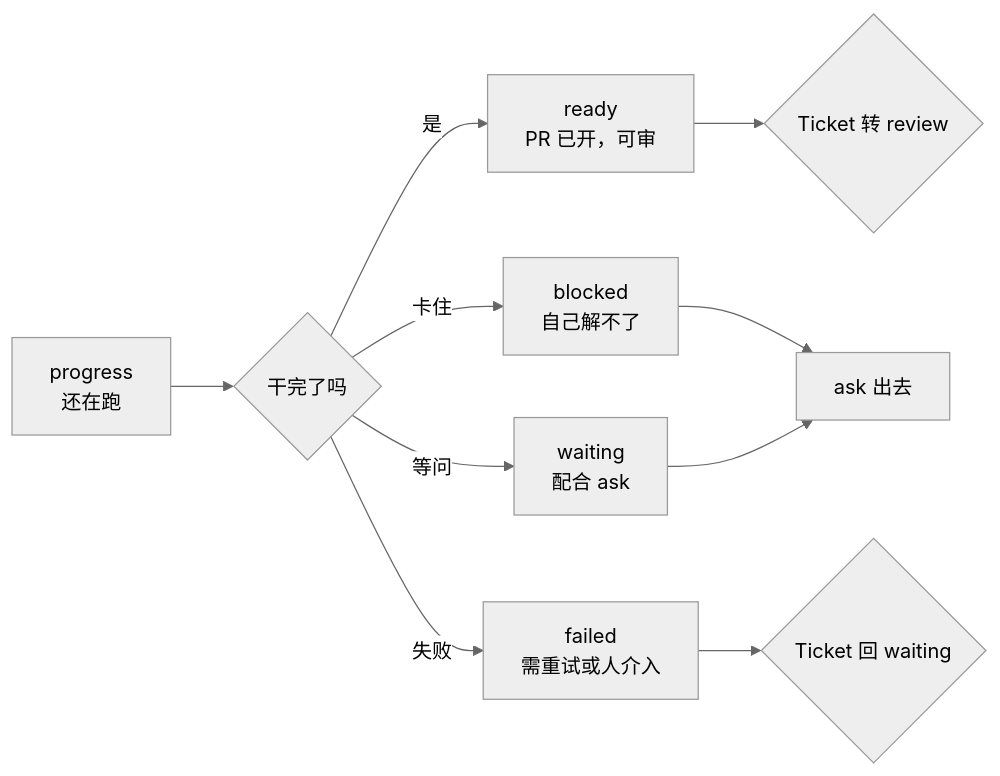
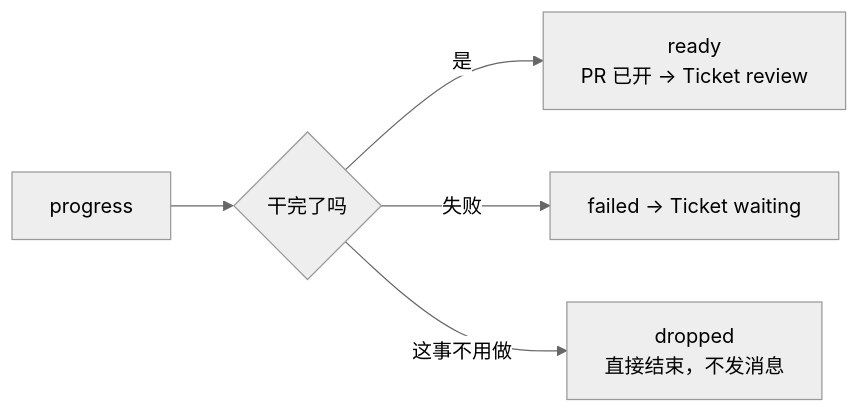
Before and after one commit to omdsh-dev/dsh-nexus: the fifth of 11 diagrams in docs/flow.md, drawn with Mermaid (neutral theme). The commit also changed other lines of this file and 52 other files, not shown here.

````diff
--- a/docs/flow.md
+++ b/docs/flow.md
@@ -201,13 +147,7 @@
 ```mermaid
 flowchart LR
-    P["progress<br/>还在跑"] --> R{"干完了吗"}
-    R -->|是| READY["ready<br/>PR 已开，可审"]
-    R -->|卡住| B["blocked<br/>自己解不了"]
-    R -->|等问| W["waiting<br/>配合 ask"]
-    R -->|失败| F["failed<br/>需重试或人介入"]
-
-    READY --> TICK{"Ticket 转 review"}
-    B --> ASK["ask 出去"]
-    W --> ASK
-    F --> TICK2{"Ticket 回 waiting"}
+    P["progress"] --> R{"干完了吗"}
+    R -->|是| READY["ready<br/>PR 已开 → Ticket review"]
+    R -->|失败| F["failed → Ticket waiting"]
+    R -->|"这事不用做"| D["dropped<br/>直接结束，不发消息"]
 ```
````
